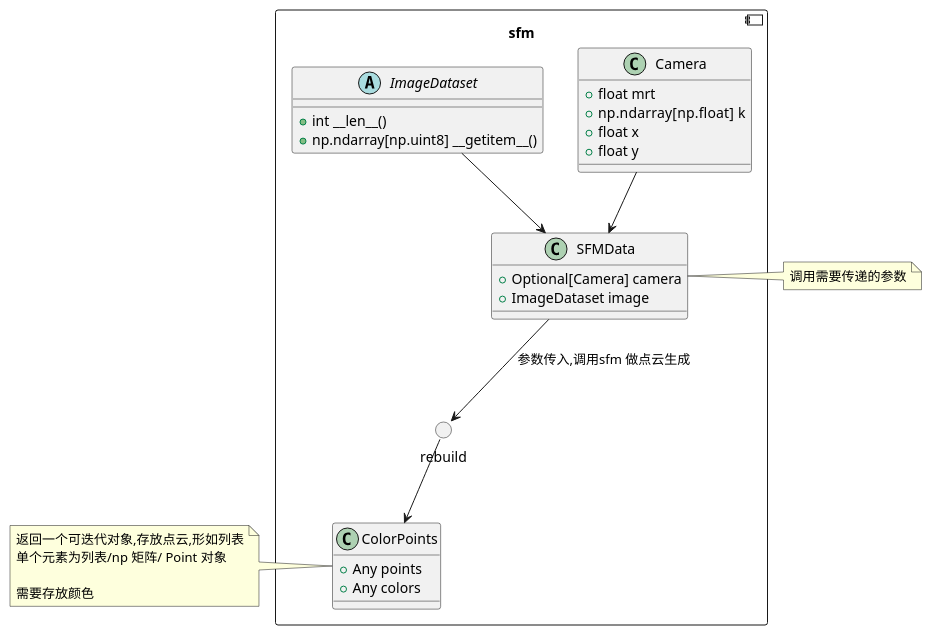
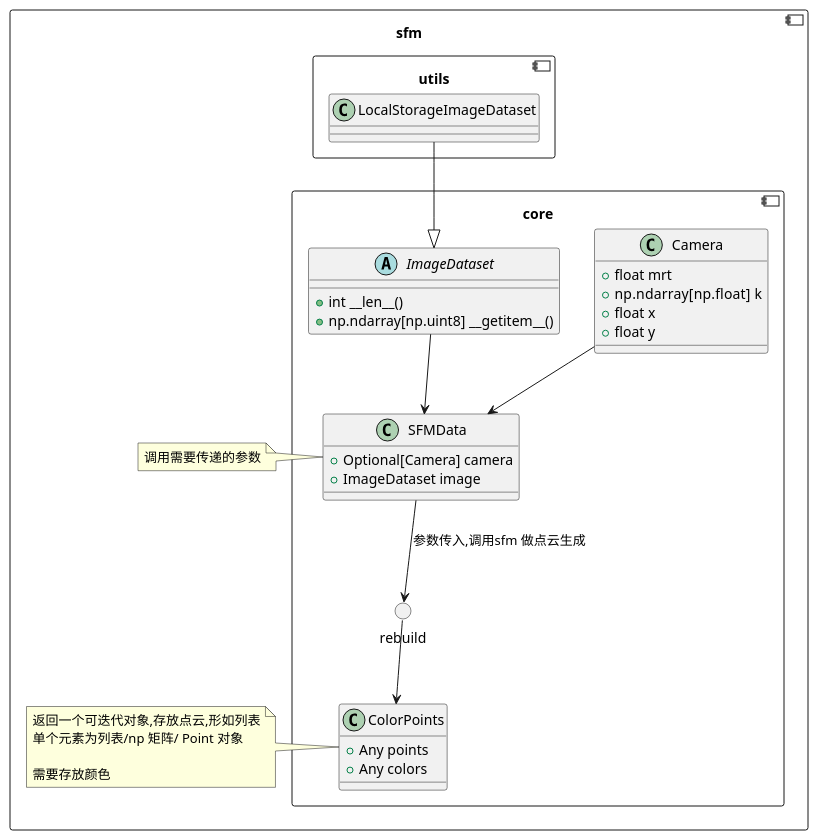
The diagram in docs/设计文档.md (lanhao945/SFM), drawn with PlantUML before and after one commit.

Commit message:
refactor(package): sfm 包模式开发,且提供本地载入图片的ImageDataset 子类化

````diff
--- a/docs/设计文档.md
+++ b/docs/设计文档.md
@@ -5,48 +5,58 @@
 ```plantuml
 @startuml
 component sfm{
-    class Camera{
-        + float mrt
-        + np.ndarray[np.float]  k
-        + float x
-        + float y
-    }
+    component core{
+        class Camera{
+            + float mrt
+            + np.ndarray[np.float]  k
+            + float x
+            + float y
+        }
+        
+        abstract ImageDataset{
+            + int __len__()
+            + np.ndarray[np.uint8] __getitem__()
+        }
+        
+        class SFMData{
+            + Optional[Camera] camera
+            + ImageDataset image
+        }
     
-    abstract ImageDataset{
-        + int __len__()
-        + np.ndarray[np.uint8] __getitem__()
-    }
+        Camera --> SFMData
+        ImageDataset --> SFMData
     
-    class SFMData{
-        + Optional[Camera] camera
-        + ImageDataset image
+        () "rebuild" as sfm_call
+        
+        SFMData --> sfm_call: 参数传入,调用sfm 做点云生成
+        
+        class ColorPoints{
+            + Any points
+            + Any colors
+        }
+        
+        sfm_call --> ColorPoints
     }
 
-    Camera --> SFMData
-    ImageDataset --> SFMData
-
-    () "rebuild" as sfm_call
+    note left of ColorPoints
+    返回一个可迭代对象,存放点云,形如列表
+    单个元素为列表/np 矩阵/ Point 对象
     
-    SFMData --> sfm_call: 参数传入,调用sfm 做点云生成
+    需要存放颜色
+    end note
+        
+    note left of SFMData
+    调用需要传递的参数
+    end note
     
-    class ColorPoints{
-        + Any points
-        + Any colors
+    component utils{
+    
+        class LocalStorageImageDataset{
+        }
+        LocalStorageImageDataset --|> ImageDataset
     }
-    
-    sfm_call --> ColorPoints
 }
 
-note left of ColorPoints
-返回一个可迭代对象,存放点云,形如列表
-单个元素为列表/np 矩阵/ Point 对象
-
-需要存放颜色
-end note
-    
-note left of SFMData
-调用需要传递的参数
-end note
 
 @enduml
 ```
````
